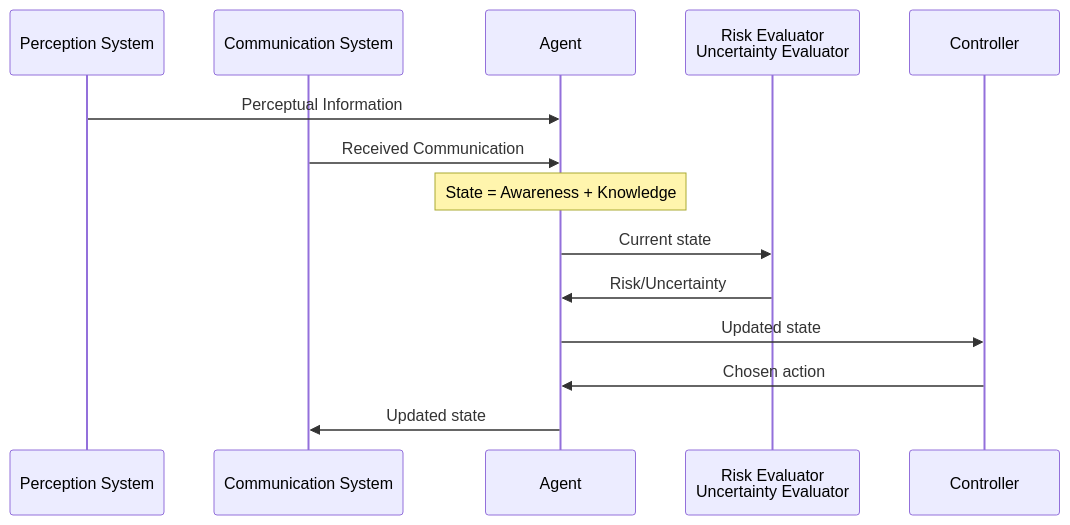
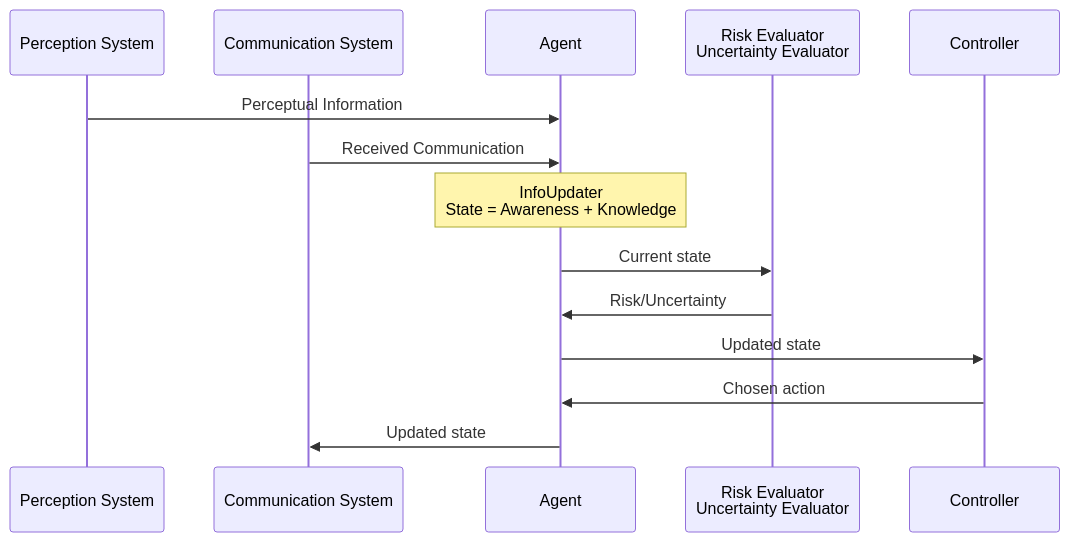
One commit to TendTo/Newcastle-Presentations changed the eighth of 8 diagrams in presentations/EICSymAware-package/README.md. Above: the diagram before and after it, drawn with Mermaid. The commit also changed other lines of this file and 1 other file, not shown here.

````diff
--- a/presentations/EICSymAware-package/README.md
+++ b/presentations/EICSymAware-package/README.md
@@ -352,17 +353,17 @@
 ```mermaid
 sequenceDiagram
     participant p as Perception System
     participant cs as Communication System
     participant a as Agent
     participant ru as Risk Evaluator<br>Uncertainty Evaluator
     participant c as Controller
 
 p ->> a: Perceptual Information
 cs ->> a: Received Communication
-note over a: State = Awareness + Knowledge
+note over a: InfoUpdater<br>State = Awareness + Knowledge
 a ->> ru: Current state
 ru ->> a: Risk/Uncertainty
 a ->> c: Updated state
 c ->> a: Chosen action
 a ->> cs: Updated state
 ```
````
